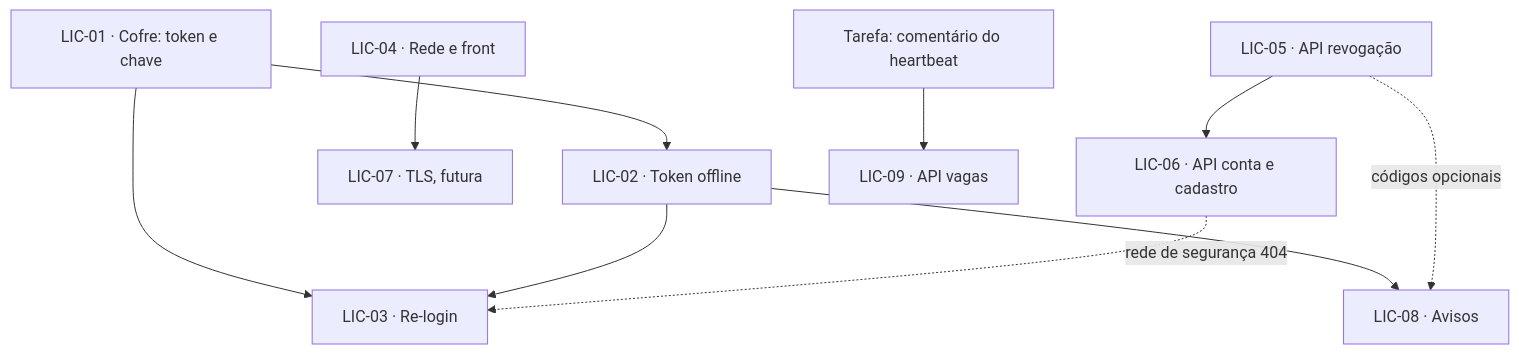
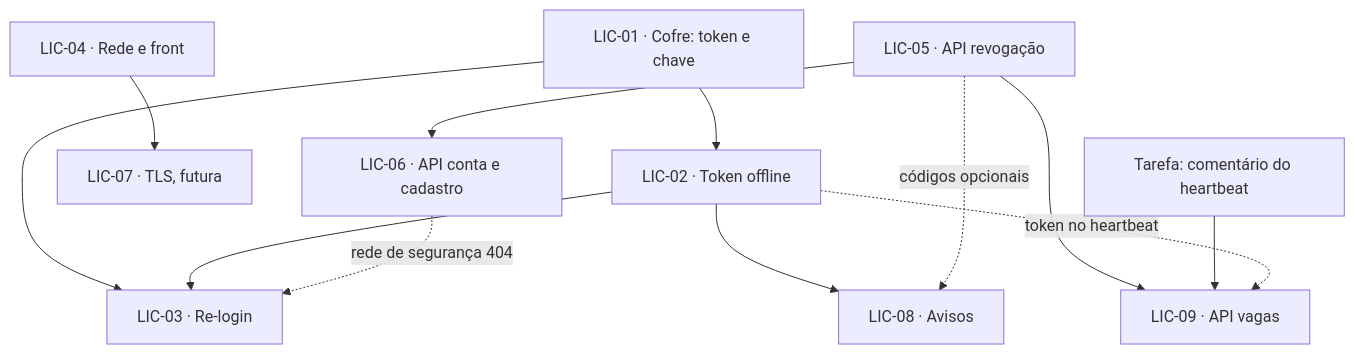
The diagram in .agent/specs/licenca/README.md (dzim-almeida/start-big), drawn with Mermaid before and after one commit. The commit also changed other lines of this file and 12 other files, not shown here.

````diff
--- a/.agent/specs/licenca/README.md
+++ b/.agent/specs/licenca/README.md
@@ -27,13 +29,15 @@
 ```mermaid
 graph TD
     S01[LIC-01 · Cofre: token e chave] --> S02[LIC-02 · Token offline]
     S01 --> S03[LIC-03 · Re-login]
     S02 --> S03
     S02 --> S08[LIC-08 · Avisos]
     S04[LIC-04 · Rede e front]
     S04 --> S07[LIC-07 · TLS, futura]
     S05[LIC-05 · API revogação] --> S06[LIC-06 · API conta e cadastro]
+    S05 --> S09[LIC-09 · API vagas]
+    T[Tarefa: comentário do heartbeat] --> S09
     S06 -.rede de segurança 404.-> S03
     S05 -.códigos opcionais.-> S08
-    T[Tarefa: comentário do heartbeat] --> S09[LIC-09 · API vagas]
+    S02 -.token no heartbeat.-> S09
 ```
````
